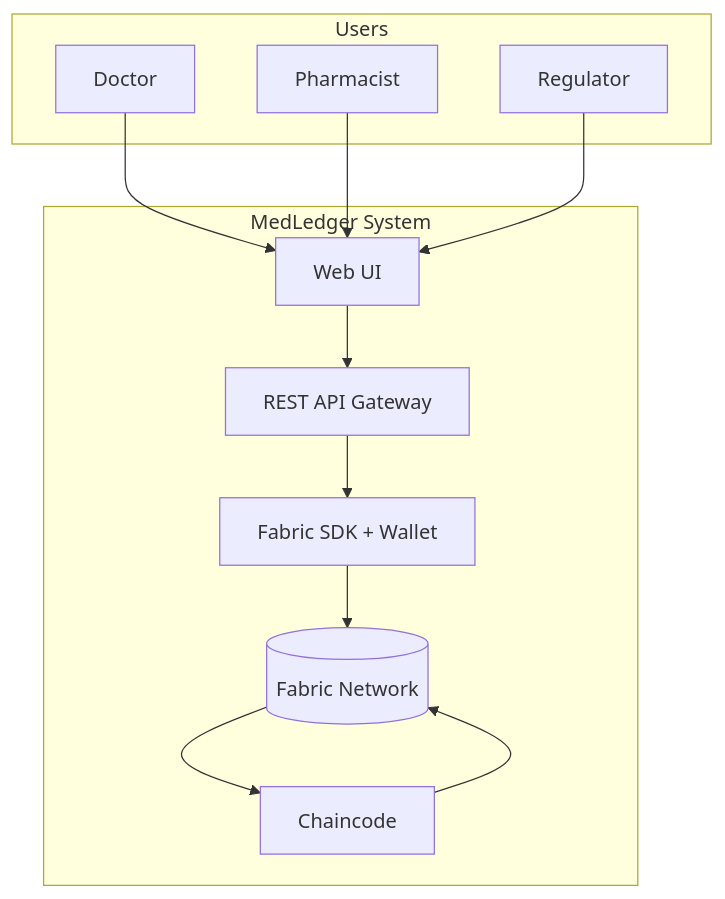
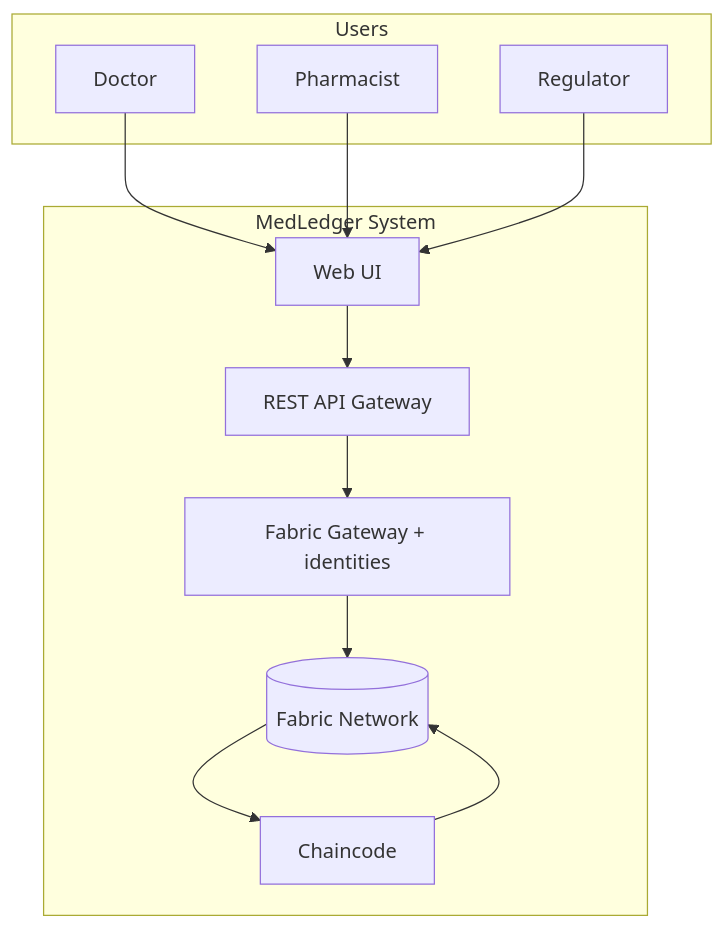
The first of 11 diagrams in docs/design.md (nithinvin/medledger), drawn with Mermaid before and after one commit. The commit also changed other lines of this file and 7 other files, not shown here.

````diff
--- a/docs/design.md
+++ b/docs/design.md
@@ -24,25 +24,25 @@
 ```mermaid
 graph TB
     subgraph Users
         D[Doctor]
         P[Pharmacist]
         R[Regulator]
     end
 
     subgraph MedLedger["MedLedger System"]
         UI[Web UI]
         API[REST API Gateway]
-        SDK[Fabric SDK + Wallet]
+        SDK[Fabric Gateway + identities]
         CC[Chaincode]
         NET[(Fabric Network)]
     end
 
     D --> UI
     P --> UI
     R --> UI
     UI --> API
     API --> SDK
     SDK --> NET
     NET --> CC
     CC --> NET
 ```
````
